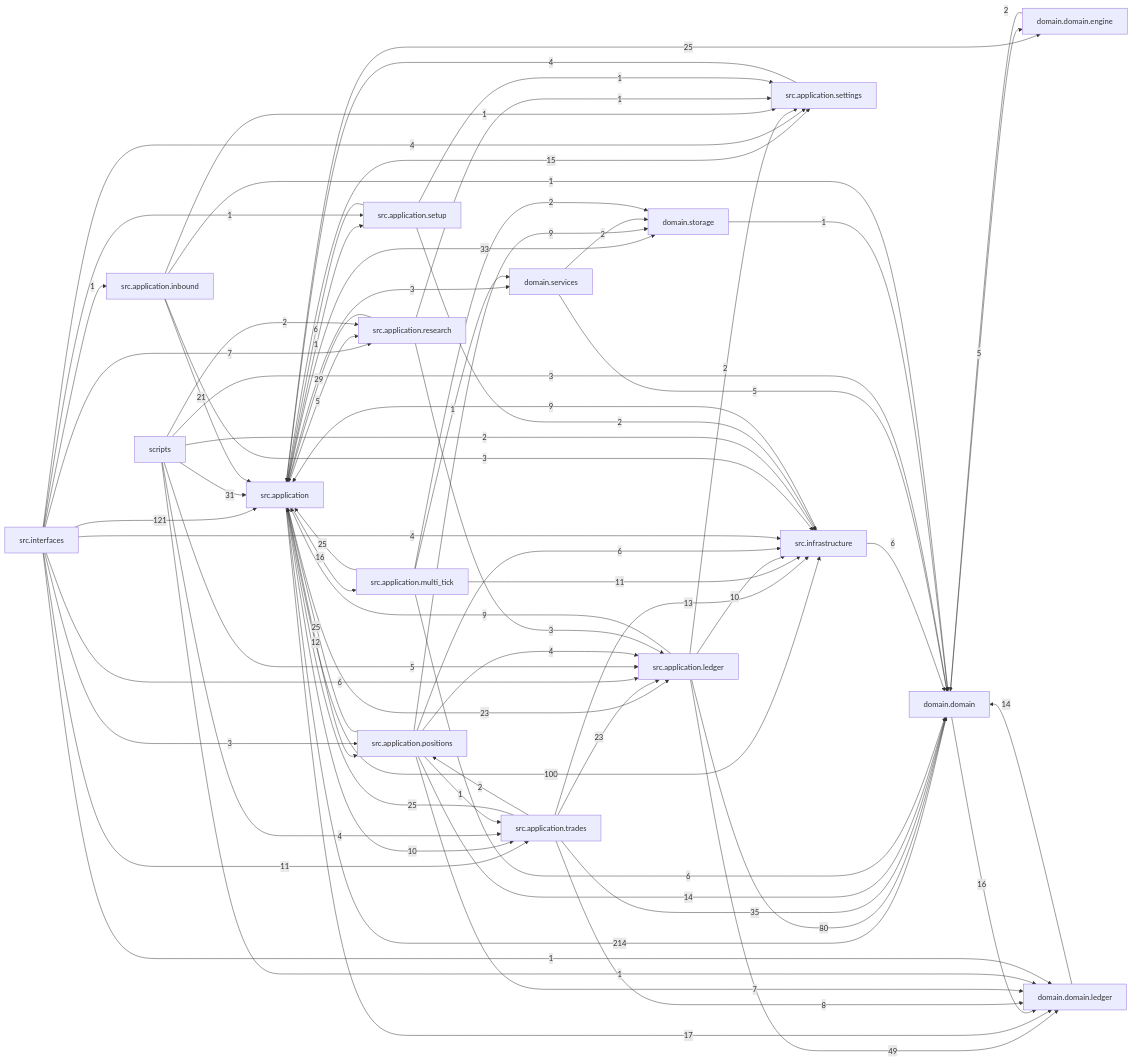
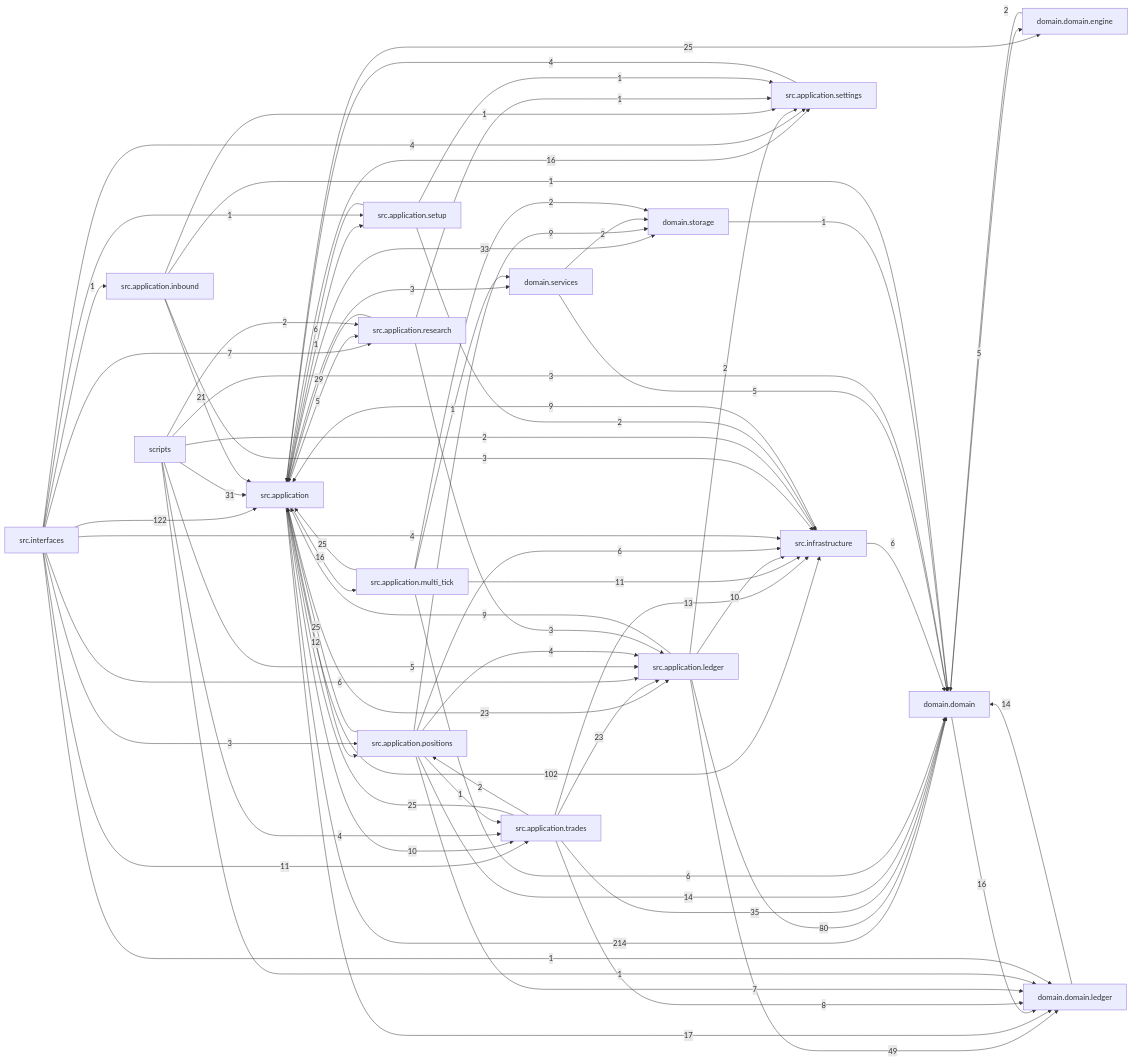
One commit to liuxie066/options-monitor changed the diagram in docs/dependency_graph.mmd. Above: the diagram before and after it, drawn with Mermaid. The commit also changed 25 other files, not shown here.

```diff
--- a/docs/dependency_graph.mmd
+++ b/docs/dependency_graph.mmd
@@ -1,74 +1,74 @@
 flowchart LR
   src_application["src.application"] -->|214| domain_domain["domain.domain"]
-  src_interfaces["src.interfaces"] -->|121| src_application["src.application"]
-  src_application["src.application"] -->|100| src_infrastructure["src.infrastructure"]
+  src_interfaces["src.interfaces"] -->|122| src_application["src.application"]
+  src_application["src.application"] -->|102| src_infrastructure["src.infrastructure"]
   src_application_ledger["src.application.ledger"] -->|80| domain_domain["domain.domain"]
   src_application_ledger["src.application.ledger"] -->|49| domain_domain_ledger["domain.domain.ledger"]
   src_application_trades["src.application.trades"] -->|35| domain_domain["domain.domain"]
   src_application["src.application"] -->|33| domain_storage["domain.storage"]
   scripts["scripts"] -->|31| src_application["src.application"]
   src_application_research["src.application.research"] -->|29| src_application["src.application"]
   src_application["src.application"] -->|25| domain_domain_engine["domain.domain.engine"]
   src_application_multi_tick["src.application.multi_tick"] -->|25| src_application["src.application"]
   src_application_positions["src.application.positions"] -->|25| src_application["src.application"]
   src_application_trades["src.application.trades"] -->|25| src_application["src.application"]
   src_application["src.application"] -->|23| src_application_ledger["src.application.ledger"]
   src_application_trades["src.application.trades"] -->|23| src_application_ledger["src.application.ledger"]
   src_application_inbound["src.application.inbound"] -->|21| src_application["src.application"]
   src_application["src.application"] -->|17| domain_domain_ledger["domain.domain.ledger"]
   domain_domain["domain.domain"] -->|16| domain_domain_ledger["domain.domain.ledger"]
   src_application["src.application"] -->|16| src_application_multi_tick["src.application.multi_tick"]
-  src_application["src.application"] -->|15| src_application_settings["src.application.settings"]
+  src_application["src.application"] -->|16| src_application_settings["src.application.settings"]
   domain_domain_ledger["domain.domain.ledger"] -->|14| domain_domain["domain.domain"]
   src_application_positions["src.application.positions"] -->|14| domain_domain["domain.domain"]
   src_application_trades["src.application.trades"] -->|13| src_infrastructure["src.infrastructure"]
   src_application["src.application"] -->|12| src_application_positions["src.application.positions"]
   src_application_multi_tick["src.application.multi_tick"] -->|11| src_infrastructure["src.infrastructure"]
   src_interfaces["src.interfaces"] -->|11| src_application_trades["src.application.trades"]
   src_application["src.application"] -->|10| src_application_trades["src.application.trades"]
   src_application_ledger["src.application.ledger"] -->|10| src_infrastructure["src.infrastructure"]
   src_application_ledger["src.application.ledger"] -->|9| src_application["src.application"]
   src_application_positions["src.application.positions"] -->|9| domain_storage["domain.storage"]
   src_infrastructure["src.infrastructure"] -->|9| src_application["src.application"]
   src_application_trades["src.application.trades"] -->|8| domain_domain_ledger["domain.domain.ledger"]
   src_application_positions["src.application.positions"] -->|7| domain_domain_ledger["domain.domain.ledger"]
   src_interfaces["src.interfaces"] -->|7| src_application_research["src.application.research"]
   src_application_multi_tick["src.application.multi_tick"] -->|6| domain_domain["domain.domain"]
   src_application_positions["src.application.positions"] -->|6| src_infrastructure["src.infrastructure"]
   src_application_setup["src.application.setup"] -->|6| src_application["src.application"]
   src_infrastructure["src.infrastructure"] -->|6| domain_domain["domain.domain"]
   src_interfaces["src.interfaces"] -->|6| src_application_ledger["src.application.ledger"]
   domain_domain["domain.domain"] -->|5| domain_domain_engine["domain.domain.engine"]
   domain_services["domain.services"] -->|5| domain_domain["domain.domain"]
   scripts["scripts"] -->|5| src_application_ledger["src.application.ledger"]
   src_application["src.application"] -->|5| src_application_research["src.application.research"]
   scripts["scripts"] -->|4| src_application_trades["src.application.trades"]
   src_application_positions["src.application.positions"] -->|4| src_application_ledger["src.application.ledger"]
   src_application_settings["src.application.settings"] -->|4| src_application["src.application"]
   src_interfaces["src.interfaces"] -->|4| src_application_settings["src.application.settings"]
   src_interfaces["src.interfaces"] -->|4| src_infrastructure["src.infrastructure"]
   scripts["scripts"] -->|3| domain_domain["domain.domain"]
   src_application["src.application"] -->|3| domain_services["domain.services"]
   src_application_inbound["src.application.inbound"] -->|3| src_infrastructure["src.infrastructure"]
   src_application_research["src.application.research"] -->|3| src_application_ledger["src.application.ledger"]
   src_interfaces["src.interfaces"] -->|3| src_application_positions["src.application.positions"]
   domain_domain_engine["domain.domain.engine"] -->|2| domain_domain["domain.domain"]
   domain_services["domain.services"] -->|2| domain_storage["domain.storage"]
   scripts["scripts"] -->|2| src_application_research["src.application.research"]
   scripts["scripts"] -->|2| src_infrastructure["src.infrastructure"]
   src_application_ledger["src.application.ledger"] -->|2| src_application_settings["src.application.settings"]
   src_application_multi_tick["src.application.multi_tick"] -->|2| domain_storage["domain.storage"]
   src_application_setup["src.application.setup"] -->|2| src_infrastructure["src.infrastructure"]
   src_application_trades["src.application.trades"] -->|2| src_application_positions["src.application.positions"]
   domain_storage["domain.storage"] -->|1| domain_domain["domain.domain"]
   scripts["scripts"] -->|1| domain_domain_ledger["domain.domain.ledger"]
   src_application["src.application"] -->|1| src_application_setup["src.application.setup"]
   src_application_inbound["src.application.inbound"] -->|1| domain_domain["domain.domain"]
   src_application_inbound["src.application.inbound"] -->|1| src_application_settings["src.application.settings"]
   src_application_multi_tick["src.application.multi_tick"] -->|1| domain_services["domain.services"]
   src_application_positions["src.application.positions"] -->|1| src_application_trades["src.application.trades"]
   src_application_research["src.application.research"] -->|1| src_application_settings["src.application.settings"]
   src_application_setup["src.application.setup"] -->|1| src_application_settings["src.application.settings"]
   src_interfaces["src.interfaces"] -->|1| domain_domain_ledger["domain.domain.ledger"]
   src_interfaces["src.interfaces"] -->|1| src_application_inbound["src.application.inbound"]
   src_interfaces["src.interfaces"] -->|1| src_application_setup["src.application.setup"]
```
